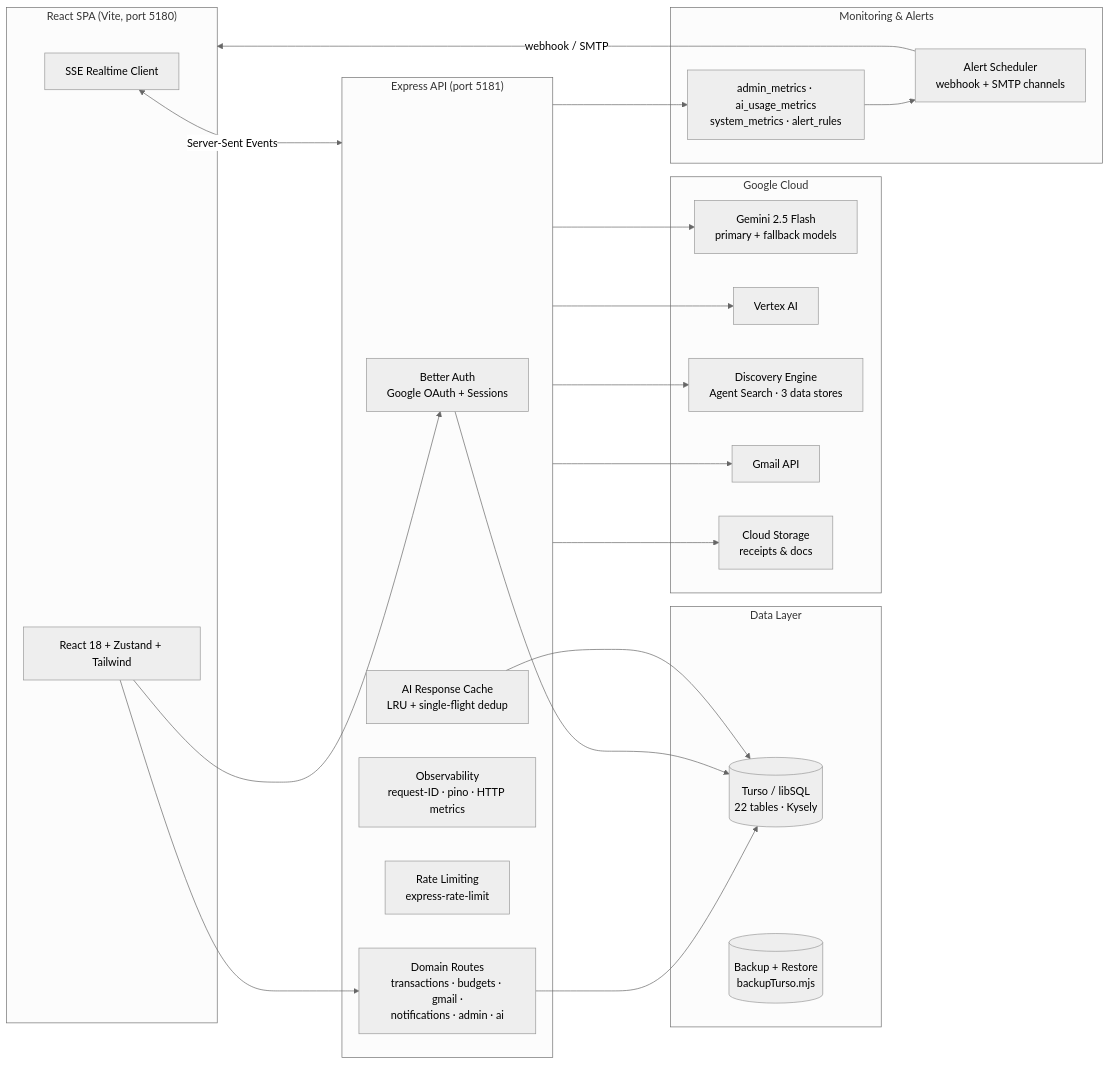
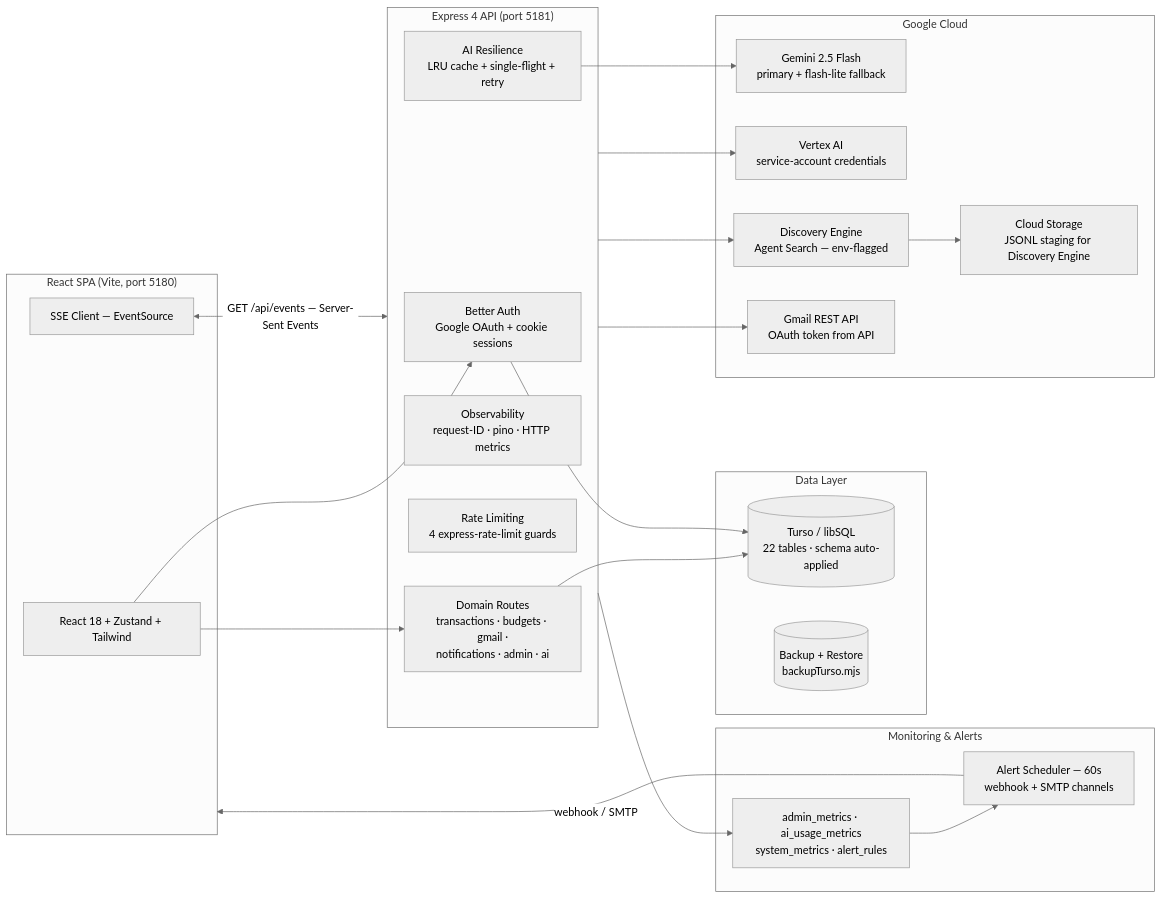
Before and after one commit to qoidrifat/cashflow: the diagram in README.md, drawn with Mermaid (neutral theme). The commit also changed other lines of this file and 58 other files, not shown here.

````diff
--- a/README.md
+++ b/README.md
@@ -72,48 +77,47 @@
 ```mermaid
 flowchart LR
     subgraph Client["React SPA (Vite, port 5180)"]
         UI[React 18 + Zustand + Tailwind]
-        SSE[SSE Realtime Client]
+        SSE[SSE Client — EventSource]
     end
 
-    subgraph API["Express API (port 5181)"]
-        AUTH[Better Auth<br/>Google OAuth + Sessions]
+    subgraph API["Express 4 API (port 5181)"]
+        AUTH[Better Auth<br/>Google OAuth + cookie sessions]
         ROUTES[Domain Routes<br/>transactions · budgets · gmail ·<br/>notifications · admin · ai]
         OBS[Observability<br/>request-ID · pino · HTTP metrics]
-        RL[Rate Limiting<br/>express-rate-limit]
-        CACHE[AI Response Cache<br/>LRU + single-flight dedup]
+        RL[Rate Limiting<br/>4 express-rate-limit guards]
+        CACHE[AI Resilience<br/>LRU cache + single-flight + retry]
     end
 
     subgraph Data["Data Layer"]
-        TURSO[(Turso / libSQL<br/>22 tables · Kysely)]
+        TURSO[(Turso / libSQL<br/>22 tables · schema auto-applied)]
         BACKUP[(Backup + Restore<br/>backupTurso.mjs)]
     end
 
     subgraph GCP["Google Cloud"]
-        GEM[Gemini 2.5 Flash<br/>primary + fallback models]
-        VERTEX[Vertex AI]
-        DE[Discovery Engine<br/>Agent Search · 3 data stores]
-        GMAIL[Gmail API]
-        STORAGE[Cloud Storage<br/>receipts & docs]
+        GEM[Gemini 2.5 Flash<br/>primary + flash-lite fallback]
+        VERTEX[Vertex AI<br/>service-account credentials]
+        DE[Discovery Engine<br/>Agent Search — env-flagged]
+        GMAIL[Gmail REST API<br/>OAuth token from API]
+        STORAGE[Cloud Storage<br/>JSONL staging for Discovery Engine]
     end
 
     subgraph Mon["Monitoring & Alerts"]
         METRICS[admin_metrics · ai_usage_metrics<br/>system_metrics · alert_rules]
-        ALERT[Alert Scheduler<br/>webhook + SMTP channels]
+        ALERT[Alert Scheduler — 60s<br/>webhook + SMTP channels]
     end
 
     UI --> AUTH
     UI --> ROUTES
-    SSE <-->|Server-Sent Events| API
+    SSE <-->|GET /api/events — Server-Sent Events| API
     ROUTES --> TURSO
     AUTH --> TURSO
-    CACHE --> TURSO
-    API --> GEM
+    CACHE --> GEM
     API --> VERTEX
     API --> DE
+    DE --> STORAGE
     API --> GMAIL
-    API --> STORAGE
     API --> METRICS
     METRICS --> ALERT
     ALERT -->|webhook / SMTP| Client
 ```
````
